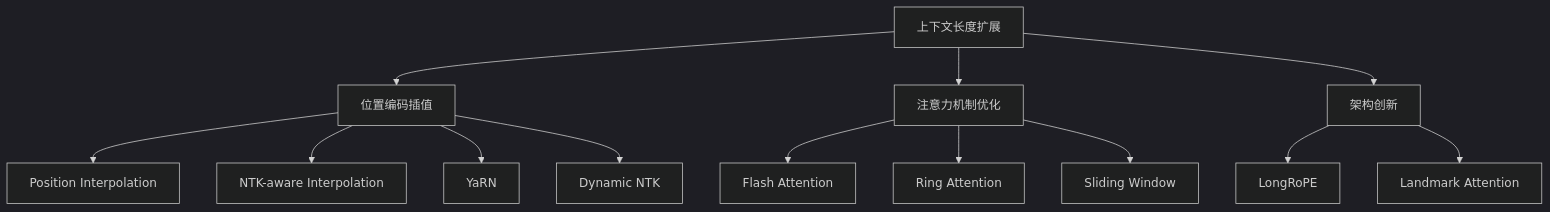
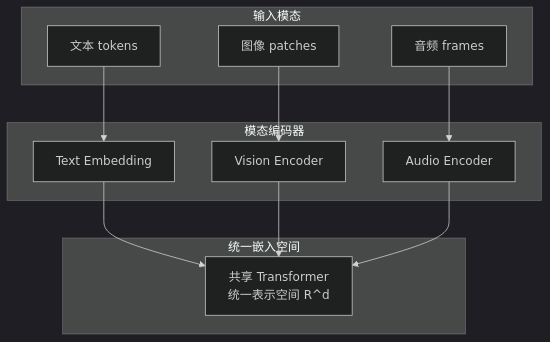
The ninth of 9 diagrams in 02_embedding/advanced.md (kyksj-1/LLM-from-0), drawn with Mermaid (dark theme) before and after one commit. The commit also changed other lines of this file and 4 other files, not shown here.

````diff
--- a/02_embedding/advanced.md
+++ b/02_embedding/advanced.md
@@ -200,18 +493,22 @@
 ```mermaid
 graph TB
-    A[上下文长度扩展] --> B[位置编码插值]
-    A --> C[注意力机制优化]
-    A --> D[架构创新]
+    subgraph "输入模态"
+        A1[文本 tokens]
+        A2[图像 patches]
+        A3[音频 frames]
+    end
 
-    B --> B1[Position Interpolation]
-    B --> B2[NTK-aware Interpolation]
-    B --> B3[YaRN]
-    B --> B4[Dynamic NTK]
+    subgraph "模态编码器"
+        B1[Text Embedding]
+        B2[Vision Encoder]
+        B3[Audio Encoder]
+    end
 
-    C --> C1[Flash Attention]
-    C --> C2[Ring Attention]
-    C --> C3[Sliding Window]
+    subgraph "统一嵌入空间"
+        C["共享 Transformer<br/>统一表示空间 R^d"]
+    end
 
-    D --> D1[LongRoPE]
-    D --> D2[Landmark Attention]
+    A1 --> B1 --> C
+    A2 --> B2 --> C
+    A3 --> B3 --> C
 ```
````
